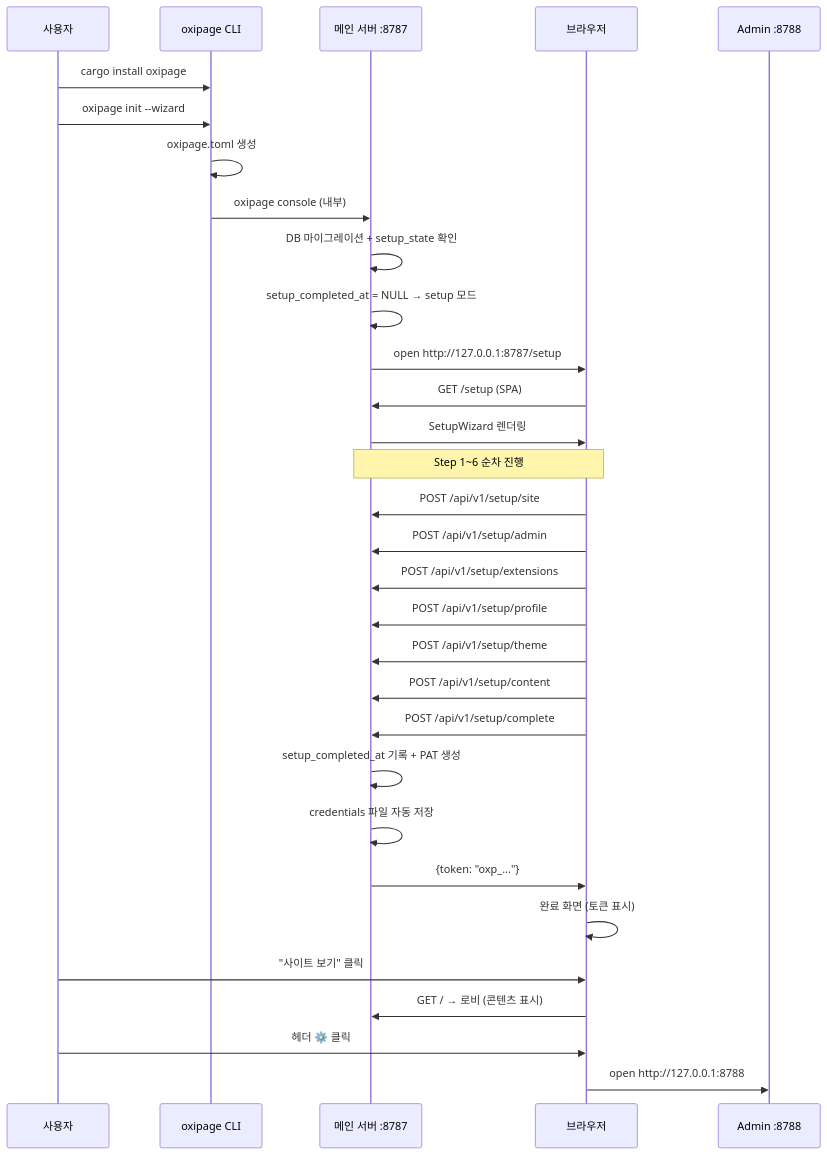
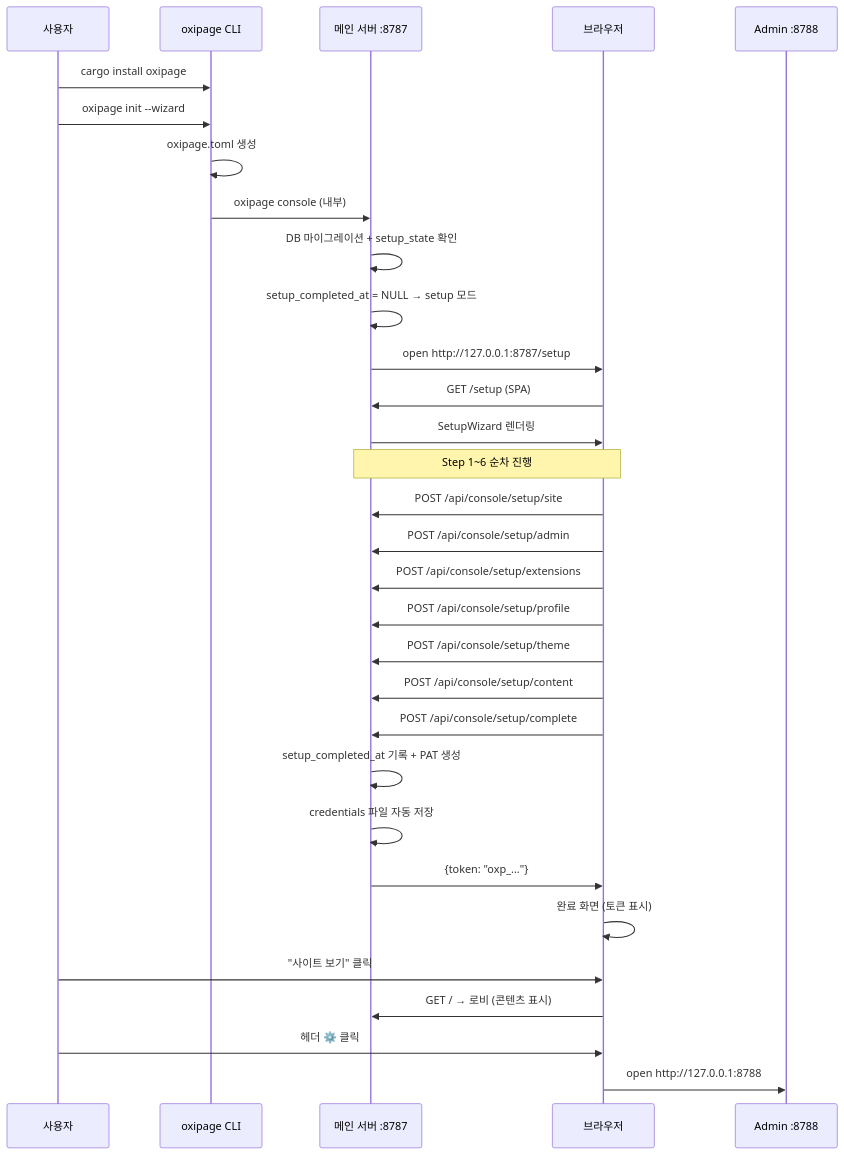
The diagram in doc/13-first-run-ux.md (a7garden/oxipage), drawn with Mermaid before and after one commit. The commit also changed other lines of this file and 53 other files, not shown here.

````diff
--- a/doc/13-first-run-ux.md
+++ b/doc/13-first-run-ux.md
@@ -786,38 +786,38 @@
 ```mermaid
 sequenceDiagram
     participant U as 사용자
     participant CLI as oxipage CLI
     participant S as 메인 서버 :8787
     participant B as 브라우저
     participant A as Admin :8788
 
     U->>CLI: cargo install oxipage
     U->>CLI: oxipage init --wizard
     CLI->>CLI: oxipage.toml 생성
     CLI->>S: oxipage console (내부)
     S->>S: DB 마이그레이션 + setup_state 확인
     S->>S: setup_completed_at = NULL → setup 모드
     S->>B: open http://127.0.0.1:8787/setup
     B->>S: GET /setup (SPA)
     S->>B: SetupWizard 렌더링
 
     Note over B,S: Step 1~6 순차 진행
 
-    B->>S: POST /api/v1/setup/site
-    B->>S: POST /api/v1/setup/admin
-    B->>S: POST /api/v1/setup/extensions
-    B->>S: POST /api/v1/setup/profile
-    B->>S: POST /api/v1/setup/theme
-    B->>S: POST /api/v1/setup/content
-    B->>S: POST /api/v1/setup/complete
+    B->>S: POST /api/console/setup/site
+    B->>S: POST /api/console/setup/admin
+    B->>S: POST /api/console/setup/extensions
+    B->>S: POST /api/console/setup/profile
+    B->>S: POST /api/console/setup/theme
+    B->>S: POST /api/console/setup/content
+    B->>S: POST /api/console/setup/complete
     S->>S: setup_completed_at 기록 + PAT 생성
     S->>S: credentials 파일 자동 저장
     S->>B: {token: "oxp_..."}
     B->>B: 완료 화면 (토큰 표시)
 
     U->>B: "사이트 보기" 클릭
     B->>S: GET / → 로비 (콘텐츠 표시)
 
     U->>B: 헤더 ⚙️ 클릭
     B->>A: open http://127.0.0.1:8788
 ```
````
